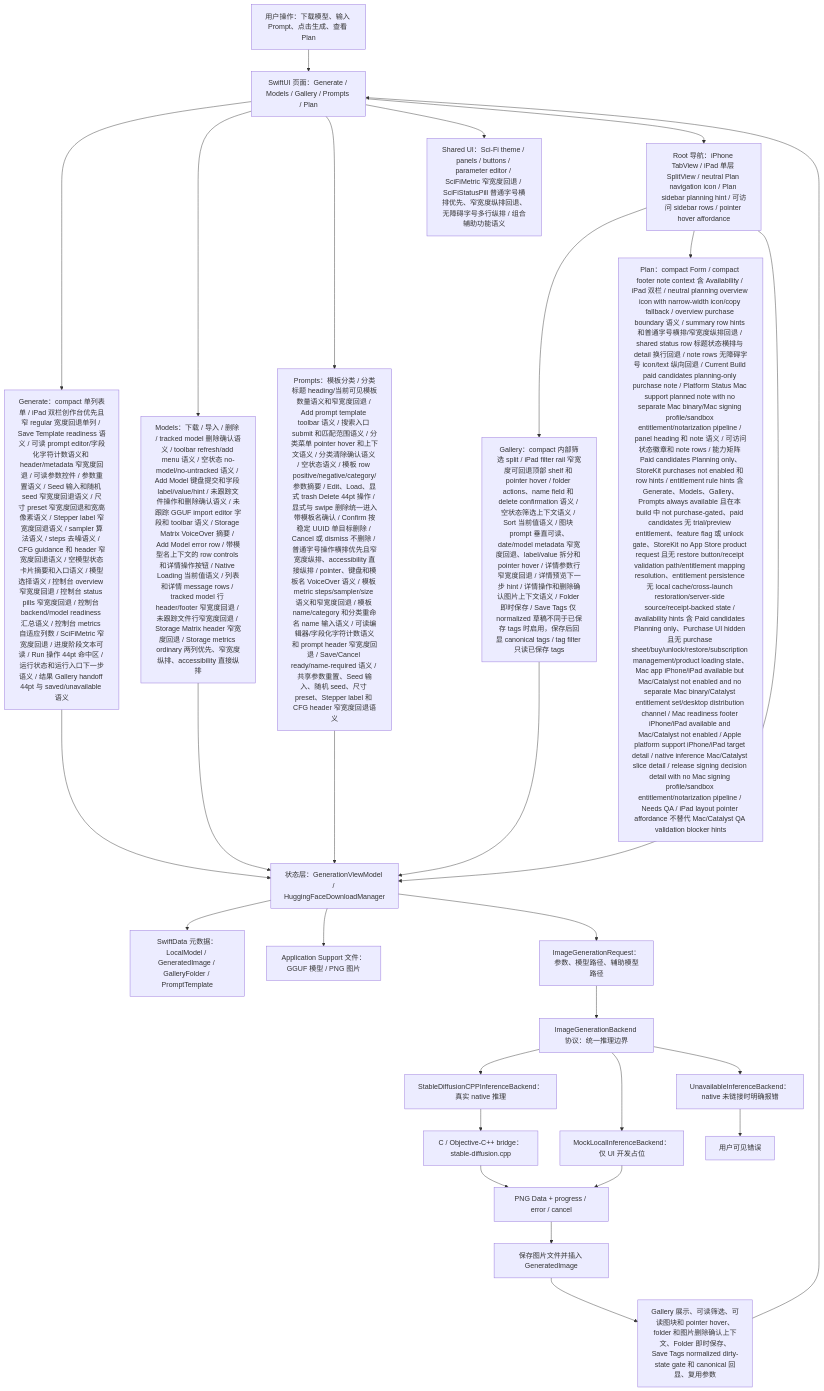
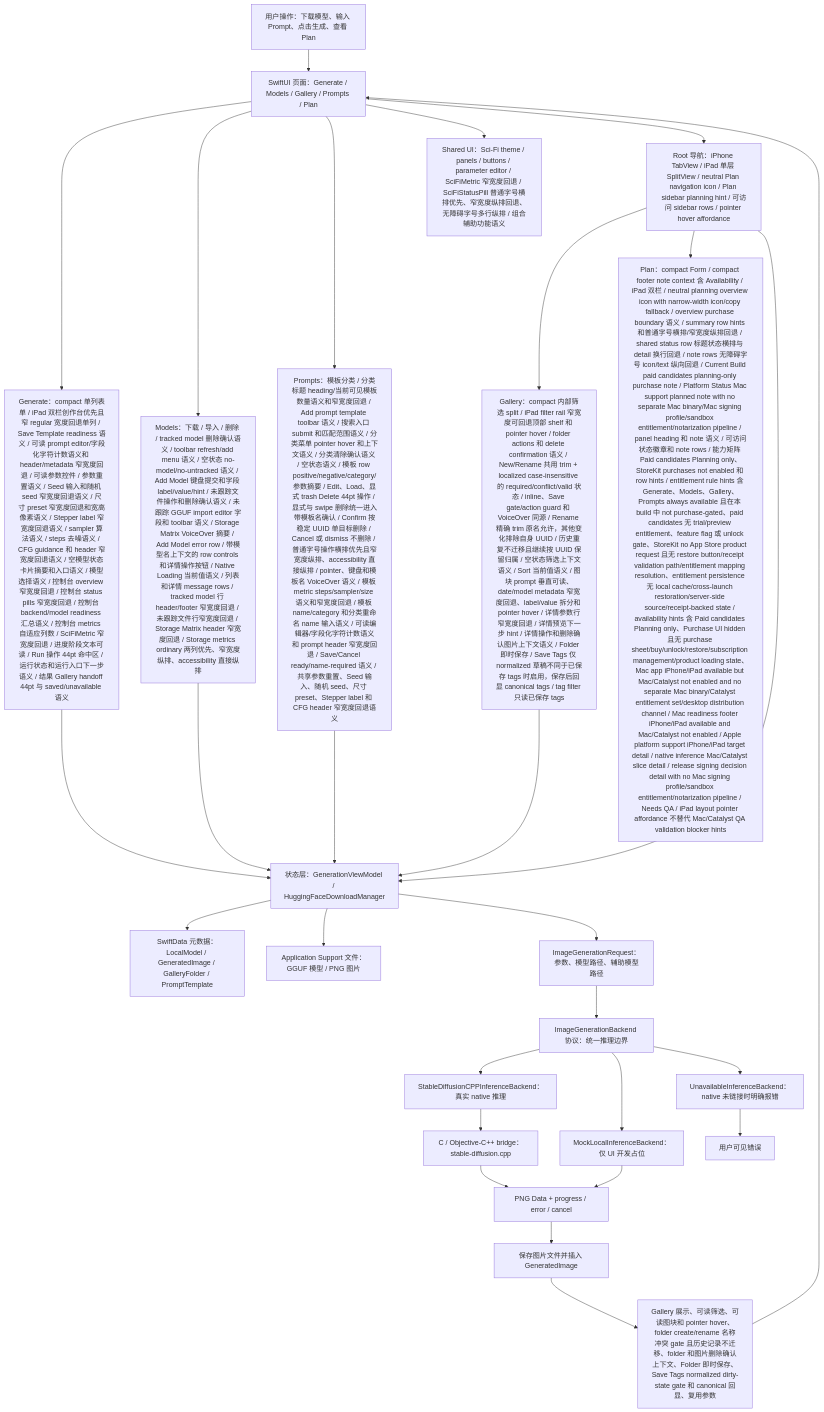
One commit to Altman-sam114/118 changed the first of 7 diagrams in md/flow/flowchart.md. Above: the diagram before and after it, drawn with Mermaid. The commit also changed 5 other files, not shown here.

First line of the commit message:
v1.155: Gallery folder name validation

````diff
--- a/md/flow/flowchart.md
+++ b/md/flow/flowchart.md
@@ -9,30 +9,30 @@
 ```mermaid
 flowchart TD
   U["用户操作：下载模型、输入 Prompt、点击生成、查看 Plan"] --> UI["SwiftUI 页面：Generate / Models / Gallery / Prompts / Plan"]
   UI --> GENUI["Generate：compact 单列表单 / iPad 双栏创作台优先且窄 regular 宽度回退单列 / Save Template readiness 语义 / 可读 prompt editor/字段化字符计数语义和 header/metadata 窄宽度回退 / 可读参数控件 / 参数重置语义 / Seed 输入和随机 seed 窄宽度回退语义 / 尺寸 preset 窄宽度回退和宽高像素语义 / Stepper label 窄宽度回退语义 / sampler 算法语义 / steps 去噪语义 / CFG guidance 和 header 窄宽度回退语义 / 空模型状态卡片摘要和入口语义 / 模型选择语义 / 控制台 overview 窄宽度回退 / 控制台 status pills 窄宽度回退 / 控制台 backend/model readiness 汇总语义 / 控制台 metrics 自适应列数 / SciFiMetric 窄宽度回退 / 进度阶段文本可读 / Run 操作 44pt 命中区 / 运行状态和运行入口下一步语义 / 结果 Gallery handoff 44pt 与 saved/unavailable 语义"]
   UI --> MODELUI["Models：下载 / 导入 / 删除 / tracked model 删除确认语义 / toolbar refresh/add menu 语义 / 空状态 no-model/no-untracked 语义 / Add Model 键盘提交和字段 label/value/hint / 未跟踪文件操作和删除确认语义 / 未跟踪 GGUF import editor 字段和 toolbar 语义 / Storage Matrix VoiceOver 摘要 / Add Model error row / 带模型名上下文的 row controls 和详情操作按钮 / Native Loading 当前值语义 / 列表和详情 message rows / tracked model 行 header/footer 窄宽度回退 / 未跟踪文件行窄宽度回退 / Storage Matrix header 窄宽度回退 / Storage metrics ordinary 两列优先、窄宽度纵排、accessibility 直接纵排"]
   UI --> PROMPTUI["Prompts：模板分类 / 分类标题 heading/当前可见模板数量语义和窄宽度回退 / Add prompt template toolbar 语义 / 搜索入口 submit 和匹配范围语义 / 分类菜单 pointer hover 和上下文语义 / 分类清除确认语义 / 空状态语义 / 模板 row positive/negative/category/参数摘要 / Edit、Load、显式 trash Delete 44pt 操作 / 显式与 swipe 删除统一进入带模板名确认 / Confirm 按稳定 UUID 单目标删除 / Cancel 或 dismiss 不删除 / 普通字号操作横排优先且窄宽度纵排、accessibility 直接纵排 / pointer、键盘和模板名 VoiceOver 语义 / 模板 metric steps/sampler/size 语义和窄宽度回退 / 模板 name/category 和分类重命名 name 输入语义 / 可读编辑器/字段化字符计数语义和 prompt header 窄宽度回退 / Save/Cancel ready/name-required 语义 / 共享参数重置、Seed 输入、随机 seed、尺寸 preset、Stepper label 和 CFG header 窄宽度回退语义"]
   UI --> SHAREDUI["Shared UI：Sci-Fi theme / panels / buttons / parameter editor / SciFiMetric 窄宽度回退 / SciFiStatusPill 普通字号横排优先、窄宽度纵排回退、无障碍字号多行纵排 / 组合辅助功能语义"]
   UI --> NAV["Root 导航：iPhone TabView / iPad 单层 SplitView / neutral Plan navigation icon / Plan sidebar planning hint / 可访问 sidebar rows / pointer hover affordance"]
-  NAV --> GALUI["Gallery：compact 内部筛选 split / iPad filter rail 窄宽度可回退顶部 shelf 和 pointer hover / folder actions、name field 和 delete confirmation 语义 / 空状态筛选上下文语义 / Sort 当前值语义 / 图块 prompt 垂直可读、date/model metadata 窄宽度回退、label/value 拆分和 pointer hover / 详情参数行窄宽度回退 / 详情预览下一步 hint / 详情操作和删除确认图片上下文语义 / Folder 即时保存 / Save Tags 仅 normalized 草稿不同于已保存 tags 时启用，保存后回显 canonical tags / tag filter 只读已保存 tags"]
+  NAV --> GALUI["Gallery：compact 内部筛选 split / iPad filter rail 窄宽度可回退顶部 shelf 和 pointer hover / folder actions 和 delete confirmation 语义 / New/Rename 共用 trim + localized case-insensitive 的 required/conflict/valid 状态 / inline、Save gate/action guard 和 VoiceOver 同源 / Rename 精确 trim 原名允许，其他变化排除自身 UUID / 历史重复不迁移且继续按 UUID 保留归属 / 空状态筛选上下文语义 / Sort 当前值语义 / 图块 prompt 垂直可读、date/model metadata 窄宽度回退、label/value 拆分和 pointer hover / 详情参数行窄宽度回退 / 详情预览下一步 hint / 详情操作和删除确认图片上下文语义 / Folder 即时保存 / Save Tags 仅 normalized 草稿不同于已保存 tags 时启用，保存后回显 canonical tags / tag filter 只读已保存 tags"]
   NAV --> PLANUI["Plan：compact Form / compact footer note context 含 Availability / iPad 双栏 / neutral planning overview icon with narrow-width icon/copy fallback / overview purchase boundary 语义 / summary row hints 和普通字号横排/窄宽度纵排回退 / shared status row 标题状态横排与 detail 换行回退 / note rows 无障碍字号 icon/text 纵向回退 / Current Build paid candidates planning-only purchase note / Platform Status Mac support planned note with no separate Mac binary/Mac signing profile/sandbox entitlement/notarization pipeline / panel heading 和 note 语义 / 可访问状态徽章和 note rows / 能力矩阵 Paid candidates Planning only、StoreKit purchases not enabled 和 row hints / entitlement rule hints 含 Generate、Models、Gallery、Prompts always available 且在本 build 中 not purchase-gated、paid candidates 无 trial/preview entitlement、feature flag 或 unlock gate、StoreKit no App Store product request 且无 restore button/receipt validation path/entitlement mapping resolution、entitlement persistence 无 local cache/cross-launch restoration/server-side source/receipt-backed state / availability hints 含 Paid candidates Planning only、Purchase UI hidden 且无 purchase sheet/buy/unlock/restore/subscription management/product loading state、Mac app iPhone/iPad available but Mac/Catalyst not enabled and no separate Mac binary/Catalyst entitlement set/desktop distribution channel / Mac readiness footer iPhone/iPad available and Mac/Catalyst not enabled / Apple platform support iPhone/iPad target detail / native inference Mac/Catalyst slice detail / release signing decision detail with no Mac signing profile/sandbox entitlement/notarization pipeline / Needs QA / iPad layout pointer affordance 不替代 Mac/Catalyst QA validation blocker hints"]
   NAV --> VM["状态层：GenerationViewModel / HuggingFaceDownloadManager"]
   GENUI --> VM
   MODELUI --> VM
   PROMPTUI --> VM
   GALUI --> VM
   VM --> SD["SwiftData 元数据：LocalModel / GeneratedImage / GalleryFolder / PromptTemplate"]
   VM --> FS["Application Support 文件：GGUF 模型 / PNG 图片"]
   VM --> REQ["ImageGenerationRequest：参数、模型路径、辅助模型路径"]
   REQ --> IFACE["ImageGenerationBackend 协议：统一推理边界"]
   IFACE --> NATIVE["StableDiffusionCPPInferenceBackend：真实 native 推理"]
   IFACE --> MOCK["MockLocalInferenceBackend：仅 UI 开发占位"]
   IFACE --> OFF["UnavailableInferenceBackend：native 未链接时明确报错"]
   NATIVE --> BRIDGE["C / Objective-C++ bridge：stable-diffusion.cpp"]
   BRIDGE --> PNG["PNG Data + progress / error / cancel"]
   MOCK --> PNG
   OFF --> ERR["用户可见错误"]
   PNG --> SAVE["保存图片文件并插入 GeneratedImage"]
-  SAVE --> GALLERY["Gallery 展示、可读筛选、可读图块和 pointer hover、folder 和图片删除确认上下文、Folder 即时保存、Save Tags normalized dirty-state gate 和 canonical 回显、复用参数"]
+  SAVE --> GALLERY["Gallery 展示、可读筛选、可读图块和 pointer hover、folder create/rename 名称冲突 gate 且历史记录不迁移、folder 和图片删除确认上下文、Folder 即时保存、Save Tags normalized dirty-state gate 和 canonical 回显、复用参数"]
   GALLERY --> UI
 ```
````
